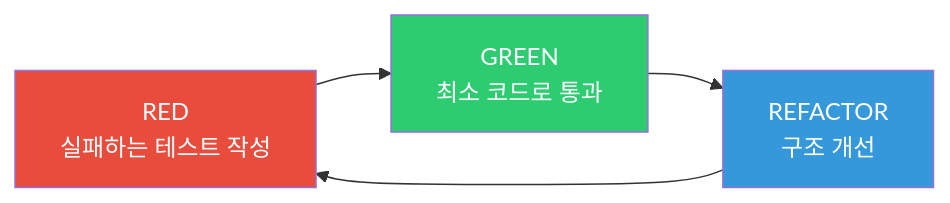
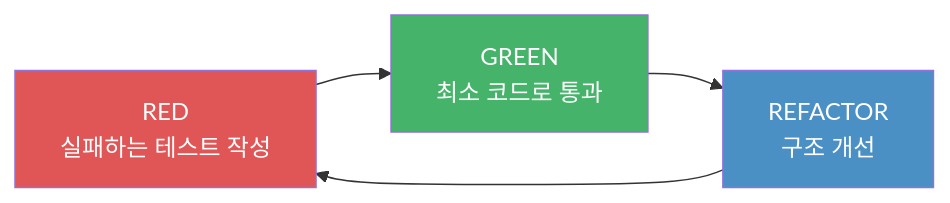
The fourth of 6 diagrams in _posts/2026-05-18-matt-pocock-skills-analysis-1.md (hannwi/hannwi.github.io), drawn with Mermaid before and after one commit. The commit also changed other lines of this file and 11 other files, not shown here.

Commit message:
feat: [NON-ISSUE] Add Mermaid support, Pretendard font, dark skin, and update post styles

````diff
--- a/_posts/2026-05-18-matt-pocock-skills-analysis-1.md
+++ b/_posts/2026-05-18-matt-pocock-skills-analysis-1.md
@@ -244,10 +244,10 @@
 ```mermaid
 graph LR
     R["RED<br/>실패하는 테스트 작성"] --> G["GREEN<br/>최소 코드로 통과"]
     G --> RF["REFACTOR<br/>구조 개선"]
     RF --> R
 
-    style R fill:#e74c3c,color:#fff
-    style G fill:#2ecc71,color:#fff
-    style RF fill:#3498db,color:#fff
+    style R fill:#e05555,color:#fff
+    style G fill:#45b369,color:#fff
+    style RF fill:#4a90c4,color:#fff
 ```
````
